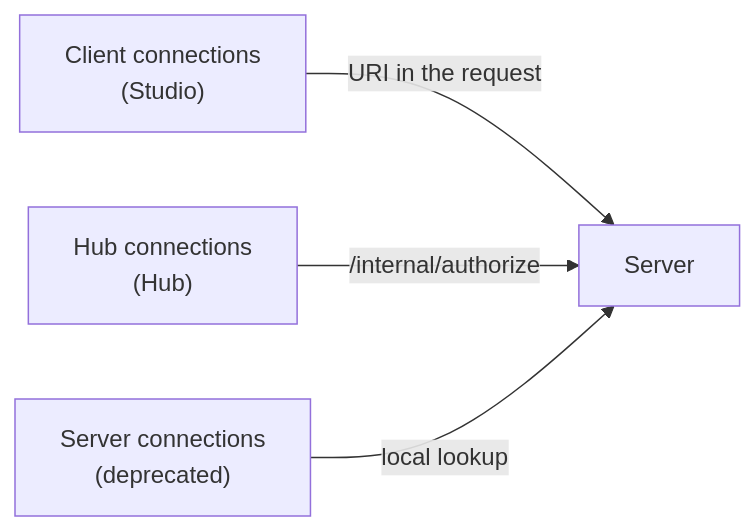
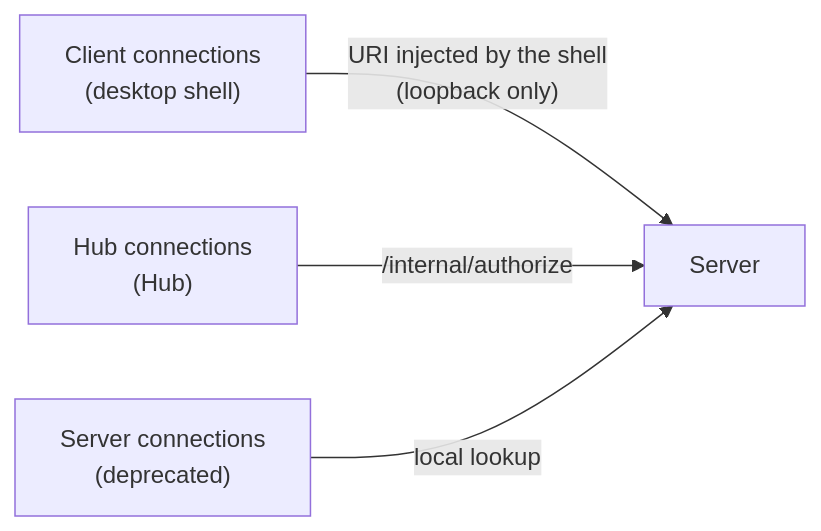
One commit to Sigilweaver/Loom changed the fifth of 5 diagrams in docs/docs/developer/architecture/component-relationships.md. Above: the diagram before and after it, drawn with Mermaid. The commit also changed other lines of this file and 21 other files, not shown here.

First line of the commit message:
fix(studio): keep client connection credentials out of the renderer (#243)

````diff
--- a/docs/docs/developer/architecture/component-relationships.md
+++ b/docs/docs/developer/architecture/component-relationships.md
@@ -134,6 +134,6 @@
 ```mermaid
 flowchart LR
-    A["Client connections<br/>(Studio)"] -->|"URI in the request"| S["Server"]
+    A["Client connections<br/>(desktop shell)"] -->|"URI injected by the shell<br/>(loopback only)"| S["Server"]
     C["Hub connections<br/>(Hub)"] -->|"/internal/authorize"| S
     B["Server connections<br/>(deprecated)"] -->|"local lookup"| S
 ```
````
